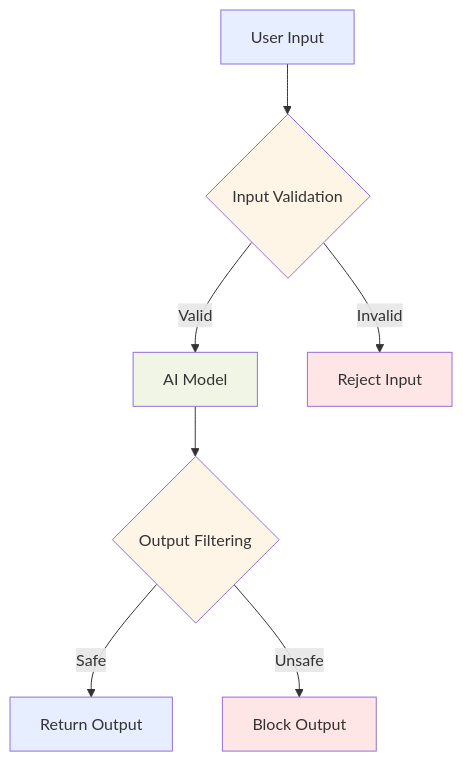
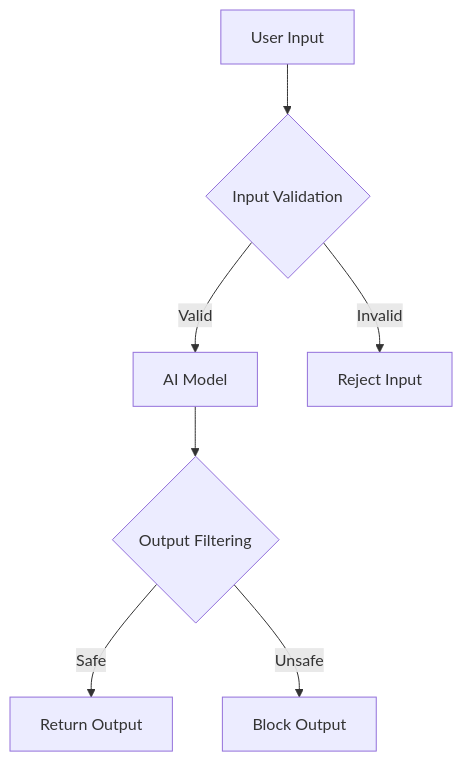
The sixth of 6 diagrams in english/50_10_Methods_to_secure_AI_systems.md (CloudCityPress/aws-aif-c01), drawn with Mermaid before and after one commit. The commit also changed other lines of this file and 16 other files, not shown here.

Commit message:
updating Mermaids

````diff
--- a/english/50_10_Methods_to_secure_AI_systems.md
+++ b/english/50_10_Methods_to_secure_AI_systems.md
@@ -293,17 +263,10 @@
 ```mermaid
 flowchart TD
     A[User Input] --> B{Input Validation}
     B -->|Valid| C[AI Model]
     B -->|Invalid| D[Reject Input]
     C --> E{Output Filtering}
     E -->|Safe| F[Return Output]
     E -->|Unsafe| G[Block Output]
-    
-    style A fill:#e6eeff
-    style B fill:#fff5e6
-    style C fill:#f0f5e6
-    style D fill:#ffe6e6
-    style E fill:#fff5e6
-    style F fill:#e6eeff
-    style G fill:#ffe6e6
+
 ```
````
